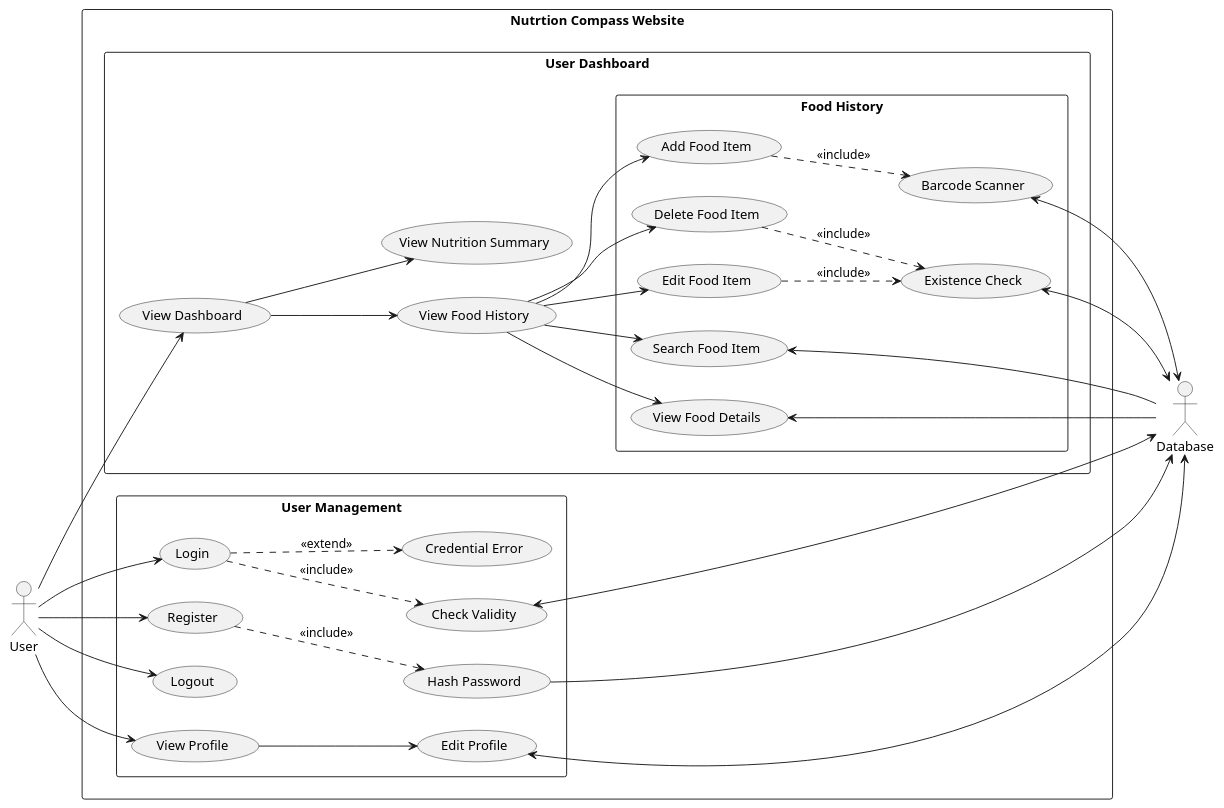
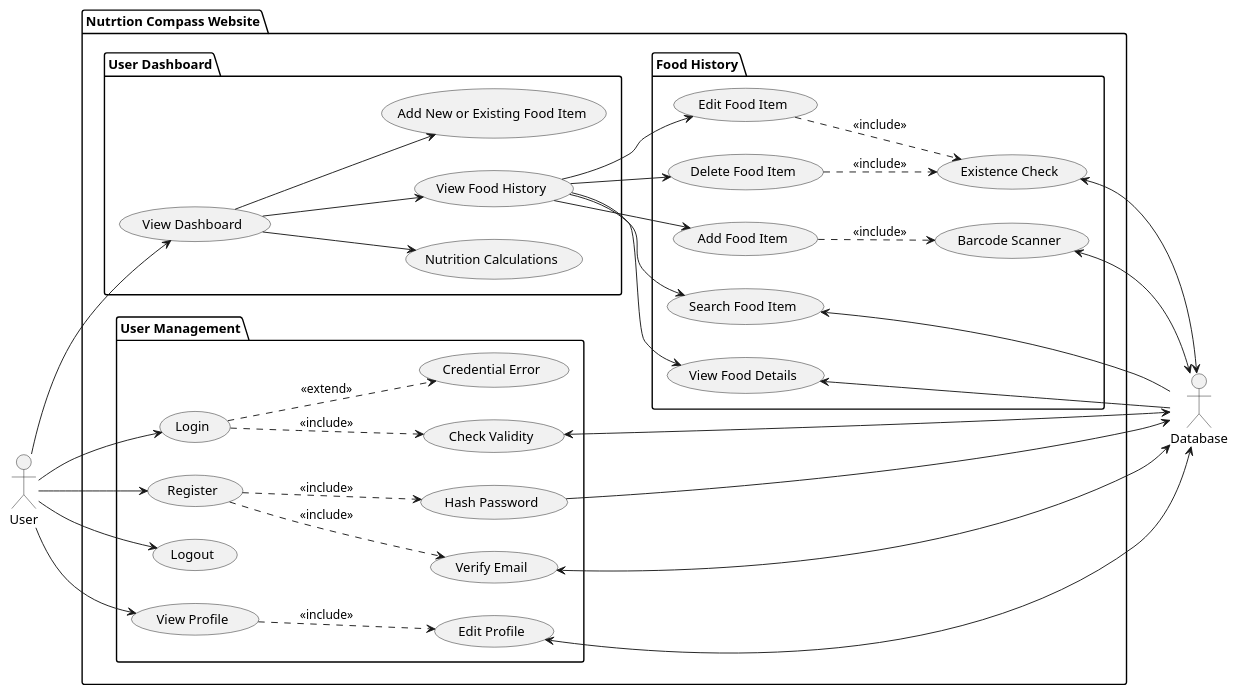
One commit to matt11matthew/NutritionCompass changed the diagram in diagrams/usecase.pu. Above: the diagram before and after it, drawn with PlantUML.

Commit message:
updated usecase diagram.

```diff
--- a/diagrams/usecase.pu
+++ b/diagrams/usecase.pu
@@ -1,69 +1,77 @@
-@startuml test
+@startuml usecase
 
 left to right direction
-skinparam packageStyle rectangle
+' skinparam packageStyle rectangle
 
 actor User as u
 actor Database as db
 
-rectangle "Nutrtion Compass Website" {
-    rectangle "User Management" {
-        (Register)
-        (Hash Password)
-        (Login)
-        (Check Validity)
-        (Credential Error)
-        (Logout)
-        (View Profile)
-        (Edit Profile)
+package "Nutrtion Compass Website" {
+    package "User Management" {
+        usecase (Register) as register
+        usecase (Hash Password) as hash
+        usecase (Login) as login
+        usecase (Check Validity) as check_validity
+        usecase (Credential Error) as credential_error
+        usecase (Verify Email) as verify_email
+        usecase (Logout) as logout
+        usecase (View Profile) as view_profile
+        usecase (Edit Profile) as edit_profile
     }
 
-    rectangle "User Dashboard" {
-        (View Dashboard)
-        (View Food History)
-        (View Nutrition Summary)
-        "Food History"
+    package "User Dashboard" {
+        usecase (View Dashboard) as view_dash
+        usecase (View Food History) as view_food_hist
+        usecase (Add New or Existing Food Item) as add_food_dash
+        usecase (Nutrition Calculations) as nutr_calc
     }
 
-    rectangle "Food History" {
-        (Add Food Item)
-        (Barcode Scanner)
-        (Search Food Item)
-        (Edit Food Item)
-        (Existence Check)
-        (Delete Food Item)
-        (View Food Details)
+    package "Food History" {
+        usecase (Add Food Item) as add_food
+        usecase (Barcode Scanner) as scan_bar
+        usecase (Search Food Item) as search_food
+        usecase (Edit Food Item) as edit_food
+        usecase (Existence Check) as exist_check
+        usecase (Delete Food Item) as delete_food
+        usecase (View Food Details) as view_food_item
     }
 
-    u --> (Register)
-    (Register) ..> (Hash Password) : <<include>>
-    (Hash Password) --> db
+    ' Registration
+    u --> register
+    register ..> hash : <<include>>
+    register ..> verify_email : <<include>>
+    hash --> db
 
-    u -> (Login)
-    (Login) ..> (Check Validity) : <<include>>
-    (Login) ..> (Credential Error) : <<extend>>
-    (Check Validity) <--> db
-    u --> (Logout)
-    u --> (View Profile)
-    (View Profile) --> (Edit Profile)
-    (Edit Profile) <--> db
-    u --> (View Dashboard)
+    ' User Management
+    u -> login
+    login ..> check_validity : <<include>>
+    login ..> credential_error : <<extend>>
+    check_validity <--> db
+    u --> logout
+    u --> view_profile
+    view_profile ..> edit_profile : <<include>>
+    edit_profile <--> db
+    u --> view_dash
+    verify_email <--> db
 
-    (View Dashboard) --> (View Food History)
-    (View Dashboard) --> (View Nutrition Summary)
-    (View Food History) --> (Add Food Item)
-    (Add Food Item) ..> (Barcode Scanner) : <<include>>
+    ' Dashboard
+    view_dash --> view_food_hist
+    view_dash --> nutr_calc
+    view_dash --> add_food_dash
 
-    (View Food History) --> (Search Food Item)
-    (View Food History) --> (Edit Food Item)
-    (View Food History) --> (Delete Food Item)
-    (View Food History) --> (View Food Details)
-    (Edit Food Item) ..> (Existence Check) : <<include>>
-    (Delete Food Item) ..> (Existence Check) : <<include>>
-    (Existence Check) <--> db
-    (View Food Details) <-- db
-    (Search Food Item) <-- db
-    (Barcode Scanner) <--> db
+    ' Food History
+    view_food_hist --> add_food
+    add_food ..> scan_bar : <<include>>
+    view_food_hist --> search_food
+    view_food_hist --> edit_food
+    view_food_hist --> delete_food
+    view_food_hist --> view_food_item
+    edit_food ..> exist_check : <<include>>
+    delete_food ..> exist_check : <<include>>
+    exist_check <--> db
+    view_food_item <-- db
+    search_food <-- db
+    scan_bar <--> db
 }
 
 @enduml
```
